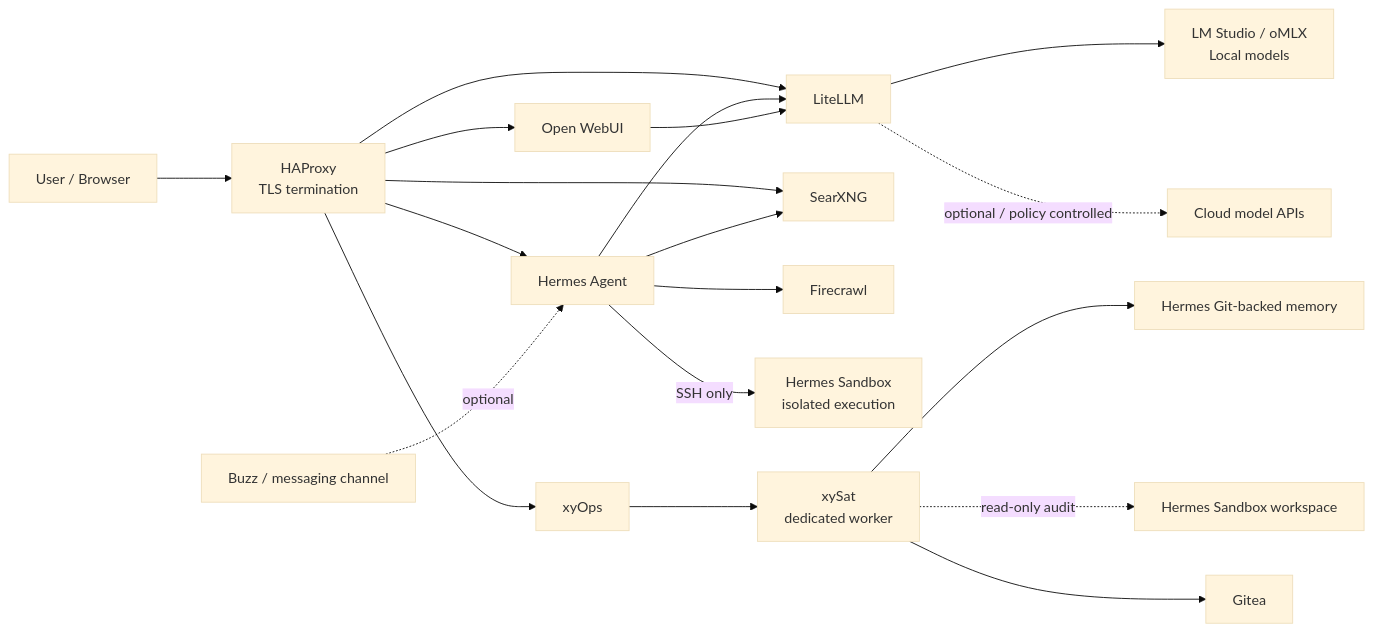
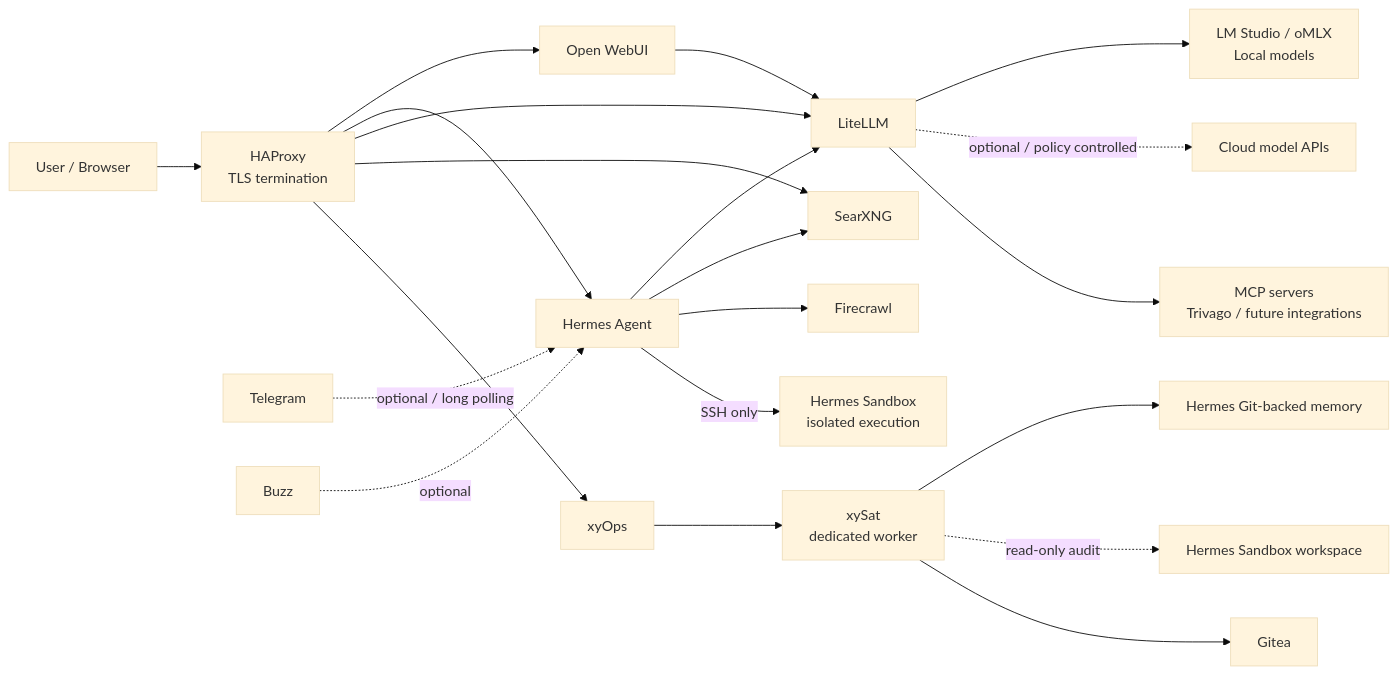
One commit to ea1het/local_hybrid_ai changed the first of 3 diagrams in README.md. Above: the diagram before and after it, drawn with Mermaid (base theme). The commit also changed other lines of this file, not shown here.

Commit message:
Refresh root README for current architecture

````diff
--- a/README.md
+++ b/README.md
@@ -44,27 +41,28 @@
 ```mermaid
 flowchart LR
     U[User / Browser] --> HAP[HAProxy<br/>TLS termination]
+    TG[Telegram] -. optional / long polling .-> HA[Hermes Agent]
+    BUZZ[Buzz] -. optional .-> HA
 
     HAP --> OW[Open WebUI]
-    HAP --> HA[Hermes Agent]
+    HAP --> HA
     HAP --> LL[LiteLLM]
     HAP --> SX[SearXNG]
     HAP --> XO[xyOps]
 
     HA --> LL
     OW --> LL
 
     LL --> LMS[LM Studio / oMLX<br/>Local models]
     LL -. optional / policy controlled .-> CLOUD[Cloud model APIs]
+    LL --> MCP[MCP servers<br/>Trivago / future integrations]
 
     HA --> SX
     HA --> FC[Firecrawl]
     HA -->|SSH only| SB[Hermes Sandbox<br/>isolated execution]
 
     XO --> XS[xySat<br/>dedicated worker]
     XS --> GM[Hermes Git-backed memory]
     XS -. read-only audit .-> SW[Hermes Sandbox workspace]
     XS --> G[Gitea]
-
-    BUZZ[Buzz / messaging channel] -. optional .-> HA
 ```
````
